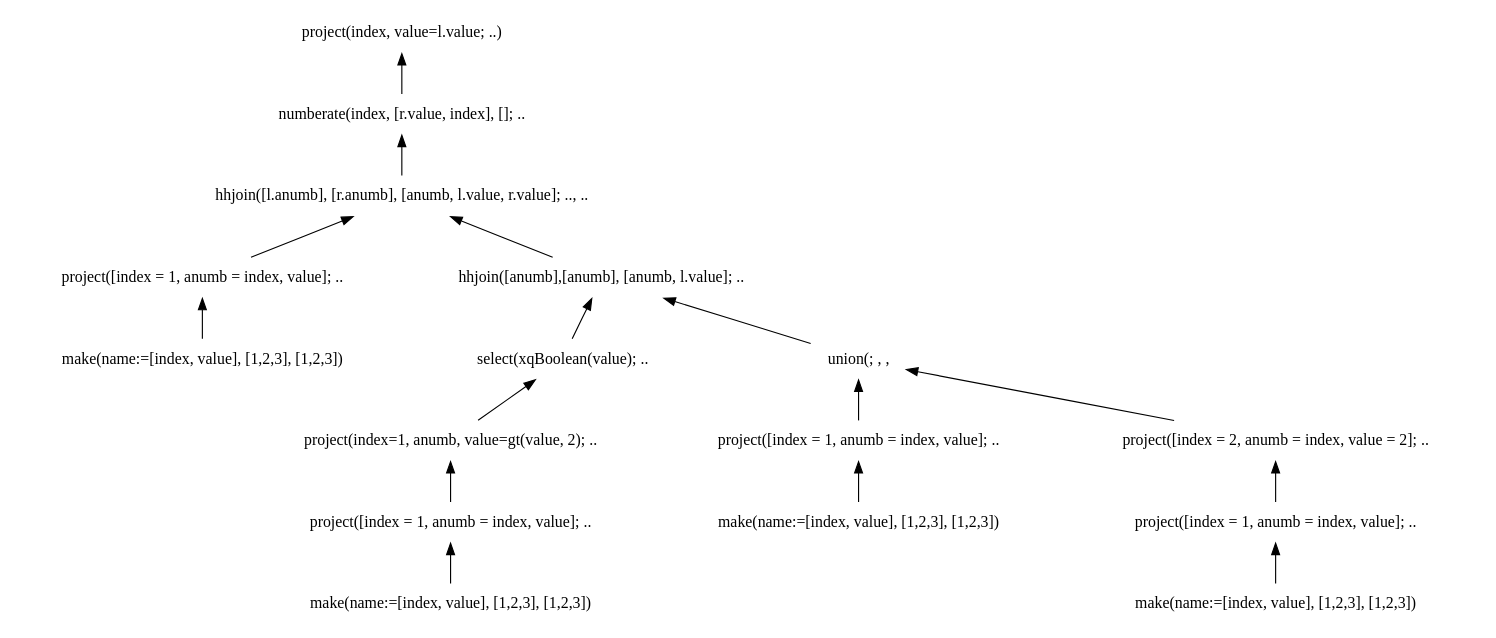
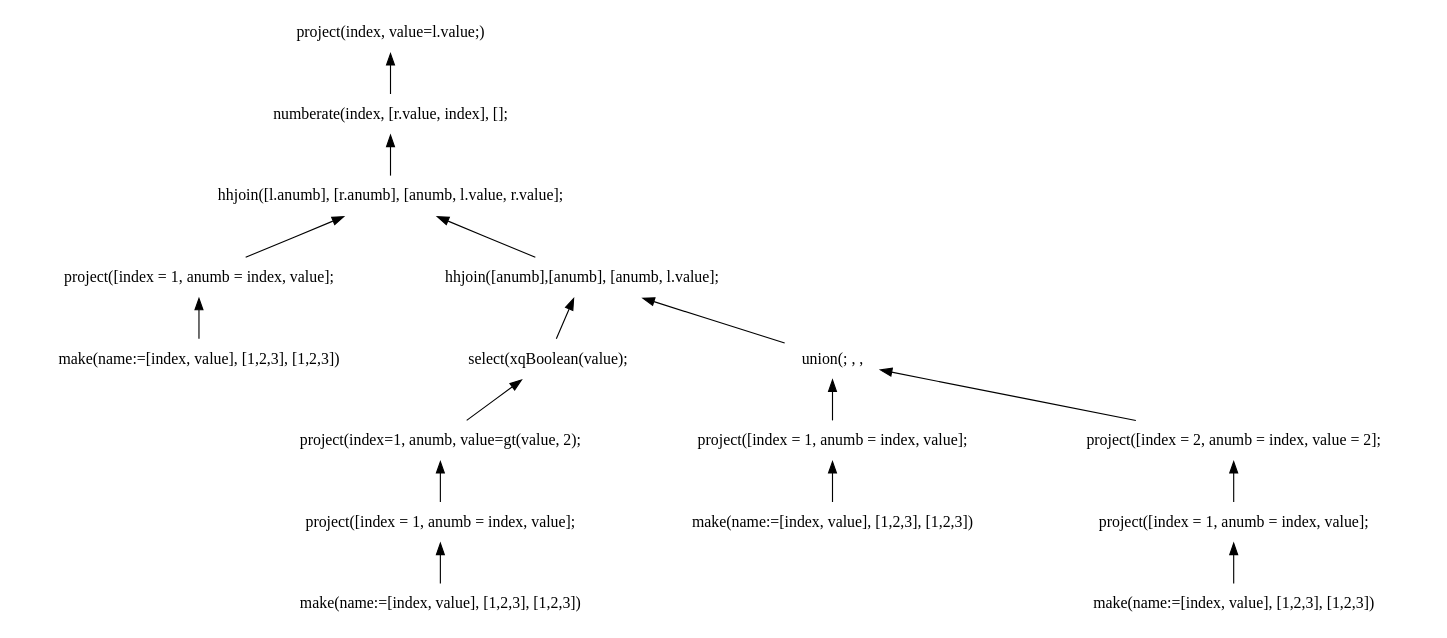
One commit to andrerav/xqft-parser changed the diagram in doc/graph_src/ext_flwor.dot. Above: the diagram before and after it, drawn with Graphviz. The commit also changed 18 other files, not shown here.

```diff
--- a/doc/graph_src/ext_flwor.dot
+++ b/doc/graph_src/ext_flwor.dot
@@ -1,51 +1,51 @@
 digraph AST {
 edge [color=black, dir=both, weight=1, fontcolor=black, fontname=Helvetica, arrowhead=none,arrowtail=normal]
 node [shape=plaintext]
 
 // DAGifying nodes
 project1231->make1231;
 project1232->make1232;
 project1233->make1233;
 project12311->make12311;
 make1231 [label="make(name:=[index, value], [1,2,3], [1,2,3])"];
 make1232 [label="make(name:=[index, value], [1,2,3], [1,2,3])"];
 make1233 [label="make(name:=[index, value], [1,2,3], [1,2,3])"];
 make12311 [label="make(name:=[index, value], [1,2,3], [1,2,3])"];
 //make2 [label="make(name:=[index, value],[1],[2])"];
 //make22 [label="make(name:=[index, value],[1],[2])"];
-project1231 [label="project([index = 1, anumb = index, value]; .."];
-project1232 [label="project([index = 1, anumb = index, value]; .."];
-project1233 [label="project([index = 1, anumb = index, value]; .."];
-project12311 [label="project([index = 1, anumb = index, value]; .."];
-project2 [label="project([index = 2, anumb = index, value = 2]; .."];
+project1231 [label="project([index = 1, anumb = index, value];"];
+project1232 [label="project([index = 1, anumb = index, value];"];
+project1233 [label="project([index = 1, anumb = index, value];"];
+project12311 [label="project([index = 1, anumb = index, value];"];
+project2 [label="project([index = 2, anumb = index, value = 2];"];
 
 // Ordinary nodes
-project1 [label="project(index, value=l.value; ..)"];
-numberate1 [label="numberate(index, [r.value, index], []; .."];
-hhjoin1 [label="hhjoin([l.anumb], [r.anumb], [anumb, l.value, r.value]; .., .."];
-hhjoin2 [label="hhjoin([anumb],[anumb], [anumb, l.value]; .."];
+project1 [label="project(index, value=l.value;)"];
+numberate1 [label="numberate(index, [r.value, index], [];"];
+hhjoin1 [label="hhjoin([l.anumb], [r.anumb], [anumb, l.value, r.value];"];
+hhjoin2 [label="hhjoin([anumb],[anumb], [anumb, l.value];"];
 
-select1 [label="select(xqBoolean(value); .."];
-project5 [label="project(index=1, anumb, value=gt(value, 2); .."];
-//hhjoin4 [label=" hhjoin([], [], [l.value, r.value, anumb]; ..,.."];
+select1 [label="select(xqBoolean(value);"];
+project5 [label="project(index=1, anumb, value=gt(value, 2);"];
+//hhjoin4 [label=" hhjoin([], [], [l.value, r.value, anumb];"];
 
 union1 [label="union(; , ,"]
-//numberate2 [label="numberate(index,[sprIdx,index],[]; .."]
+//numberate2 [label="numberate(index,[sprIdx,index],[];"]
 
 project1->numberate1;
   numberate1->hhjoin1;
     hhjoin1->hhjoin2;
       //hhjoin2->numberate2;
         //numberate2->union1;
         hhjoin2->union1;
            union1->project1231;
            union1->project2;
              project2->project12311;
       hhjoin2->select1;
         select1->project5;
           project5->project1232
               //project5->hhjoin4;
               //  hhjoin4->project1232;
               //  hhjoin4->make22;
     hhjoin1->project1233;
 }
```
